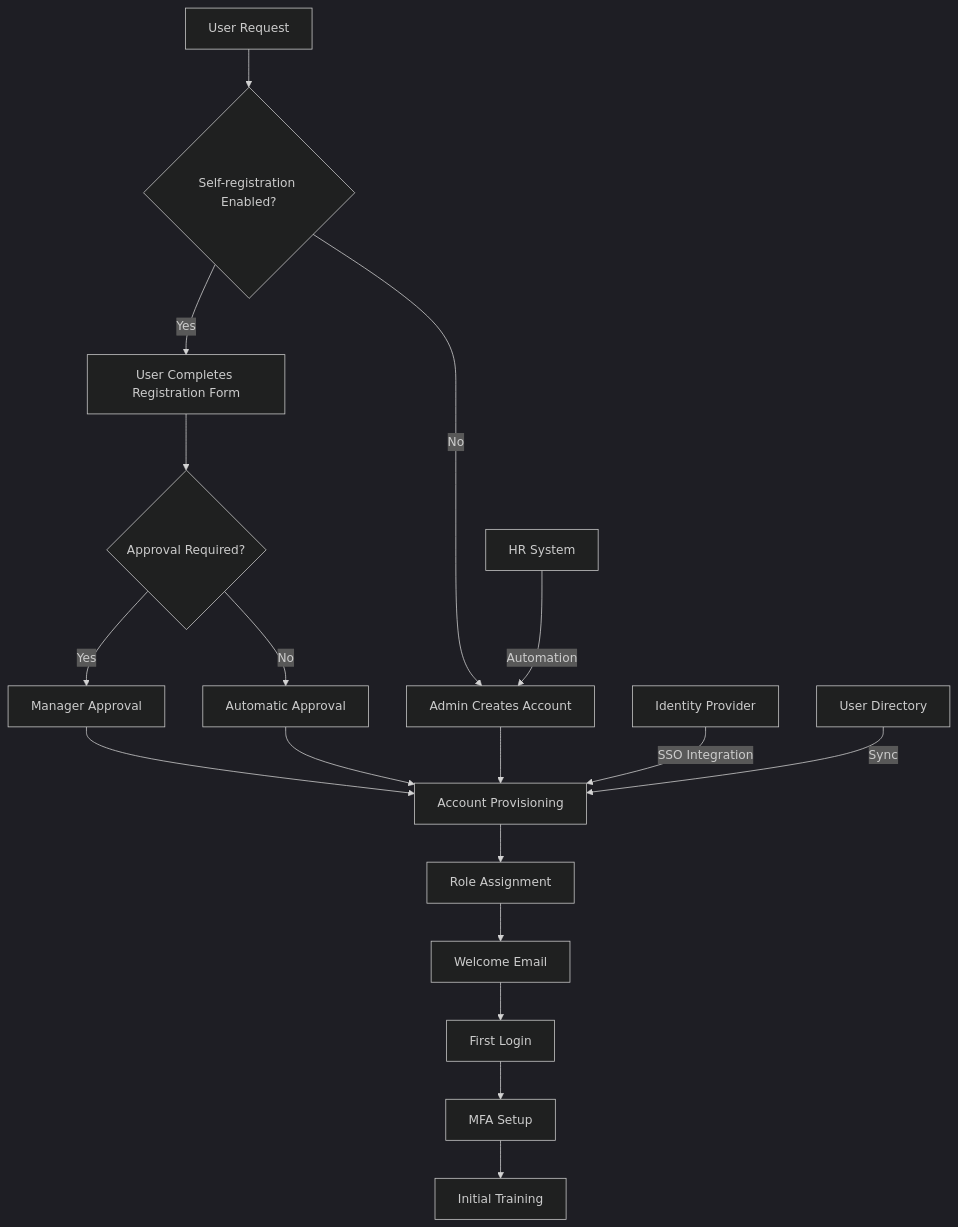
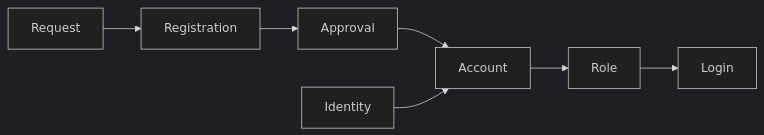
Before and after one commit to CRollins6020/CRollins6020: diagram 17 of 21 in User-Guides/LangChain Agent Platform Admin Guide.md, drawn with Mermaid (dark theme). The commit also changed other lines of this file, not shown here.

Commit message:
Update LangChain Agent Platform Admin Guide.md

````diff
--- a/User-Guides/LangChain Agent Platform Admin Guide.md
+++ b/User-Guides/LangChain Agent Platform Admin Guide.md
@@ -3103,24 +3032,6 @@
 ```mermaid
-flowchart TD
-    A[User Request] --> B{Self-registration Enabled?}
-    B -- Yes --> C[User Completes Registration Form]
-    B -- No --> D[Admin Creates Account]
-    
-    C --> E{Approval Required?}
-    E -- Yes --> F[Manager Approval]
-    E -- No --> G[Automatic Approval]
-    
-    F --> H[Account Provisioning]
-    G --> H
-    D --> H
-    
-    H --> I[Role Assignment]
-    I --> J[Welcome Email]
-    J --> K[First Login]
-    K --> L[MFA Setup]
-    L --> M[Initial Training]
-    
-    N[Identity Provider] -- SSO Integration --> H
-    O[User Directory] -- Sync --> H
-    P[HR System] -- Automation --> D
+graph LR
+A[Request]-->B[Registration]-->C[Approval]
+C-->D[Account]-->E[Role]-->F[Login]
+G[Identity]-->D
 ```
````
